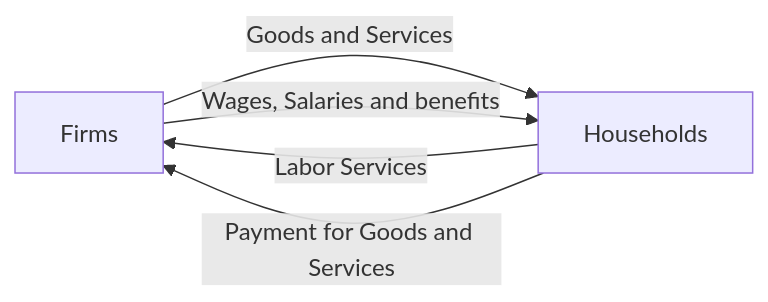
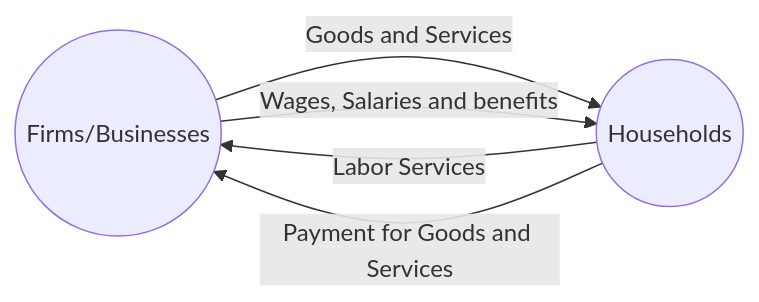
One commit to HokoraYinphineMPP/obsidian-git-sync changed the diagram in docs/Week 1 Econ.md. Above: the diagram before and after it, drawn with Mermaid. The commit also changed other lines of this file, not shown here.

````diff
--- a/docs/Week 1 Econ.md
+++ b/docs/Week 1 Econ.md
@@ -70,7 +70,7 @@
 ```mermaid
 graph LR
-	B[Firms] -- Goods and Services --> A[Households]
+	B((Firms/Businesses)) -- Goods and Services --> A((Households))
 	B -- Wages, Salaries and benefits --> A
 	A -- Labor Services --> B
 	A -- Payment for Goods and Services --> B
 ```
````
